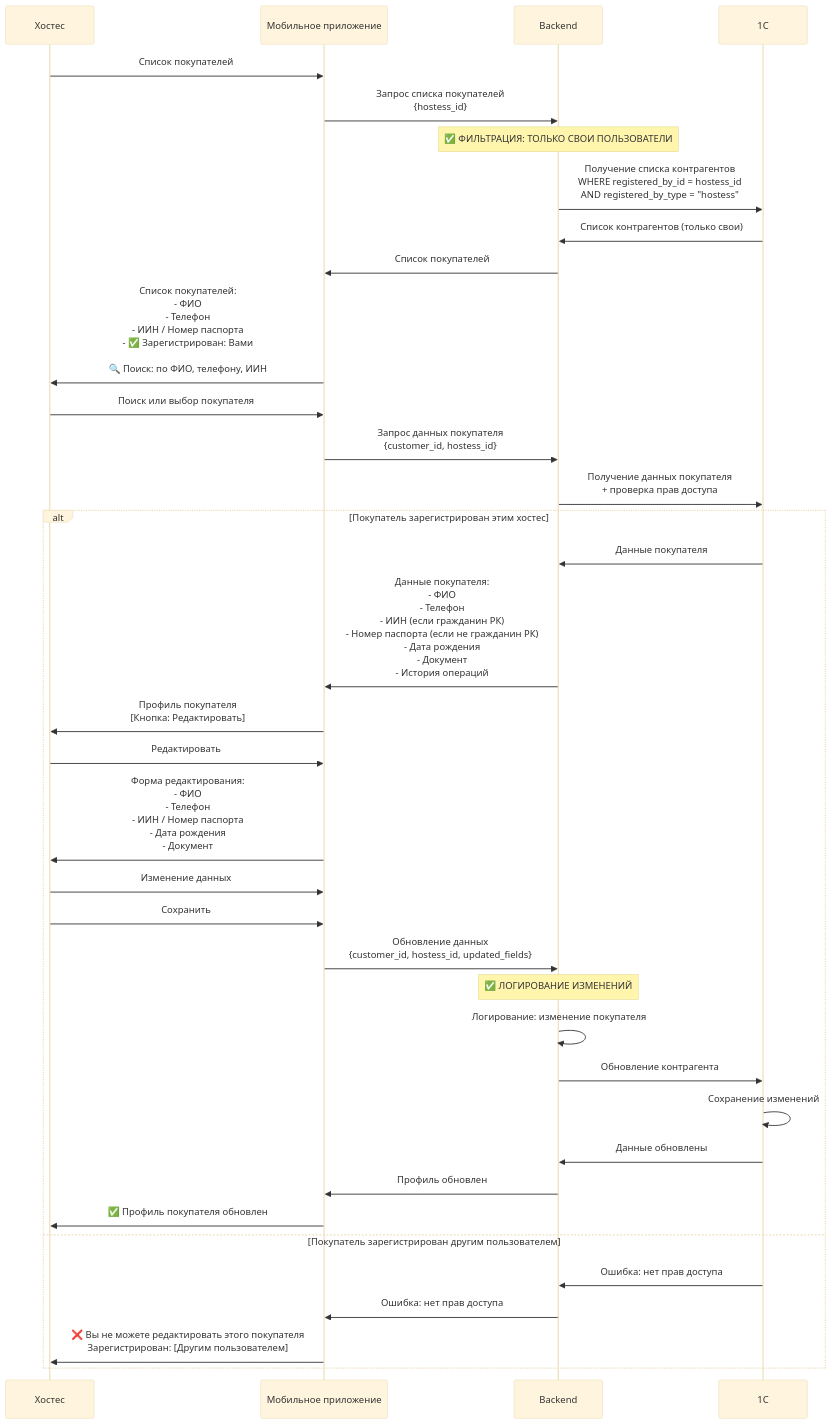
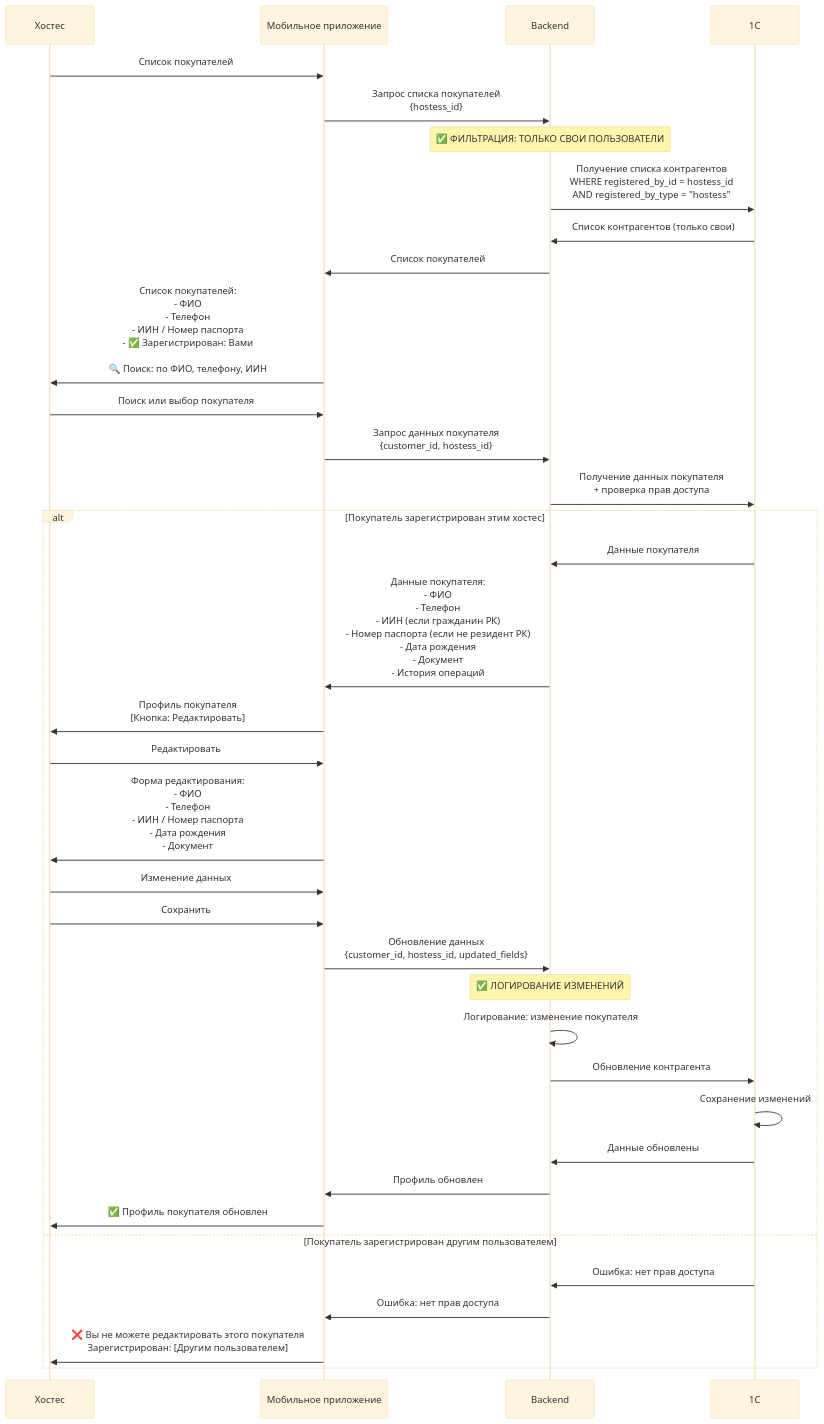
Before and after one commit to retsaftu/ktng-mobile-demo: the seventh of 14 diagrams in tz.md, drawn with Mermaid (base theme). The commit also changed other lines of this file and 2 other files, not shown here.

Commit message:
«Не гражданин РК» → «Не резидент РК»

````diff
--- a/tz.md
+++ b/tz.md
@@ -713,62 +713,62 @@
 ```mermaid
 sequenceDiagram
     participant Hostess as Хостес
     participant App as Мобильное приложение
     participant Backend as Backend
     participant OneC as 1С
 
     Hostess->>App: Список покупателей
     
     App->>Backend: Запрос списка покупателей<br/>{hostess_id}
     
     Note over Backend: ✅ ФИЛЬТРАЦИЯ: ТОЛЬКО СВОИ ПОЛЬЗОВАТЕЛИ
     Backend->>OneC: Получение списка контрагентов<br/>WHERE registered_by_id = hostess_id<br/>AND registered_by_type = "hostess"
     
     OneC->>Backend: Список контрагентов (только свои)
     
     Backend->>App: Список покупателей
     
     App->>Hostess: Список покупателей:<br/>- ФИО<br/>- Телефон<br/>- ИИН / Номер паспорта<br/>- ✅ Зарегистрирован: Вами<br/><br/>🔍 Поиск: по ФИО, телефону, ИИН
     
     Hostess->>App: Поиск или выбор покупателя
     
     App->>Backend: Запрос данных покупателя<br/>{customer_id, hostess_id}
     
     Backend->>OneC: Получение данных покупателя<br/>+ проверка прав доступа
     
     alt Покупатель зарегистрирован этим хостес
         OneC->>Backend: Данные покупателя
         
-        Backend->>App: Данные покупателя:<br/>- ФИО<br/>- Телефон<br/>- ИИН (если гражданин РК)<br/>- Номер паспорта (если не гражданин РК)<br/>- Дата рождения<br/>- Документ<br/>- История операций
+        Backend->>App: Данные покупателя:<br/>- ФИО<br/>- Телефон<br/>- ИИН (если гражданин РК)<br/>- Номер паспорта (если не резидент РК)<br/>- Дата рождения<br/>- Документ<br/>- История операций
         
         App->>Hostess: Профиль покупателя<br/>[Кнопка: Редактировать]
         
         Hostess->>App: Редактировать
         
         App->>Hostess: Форма редактирования:<br/>- ФИО<br/>- Телефон<br/>- ИИН / Номер паспорта<br/>- Дата рождения<br/>- Документ
         
         Hostess->>App: Изменение данных
         
         Hostess->>App: Сохранить
         
         App->>Backend: Обновление данных<br/>{customer_id, hostess_id, updated_fields}
         
         Note over Backend: ✅ ЛОГИРОВАНИЕ ИЗМЕНЕНИЙ
         Backend->>Backend: Логирование: изменение покупателя
         
         Backend->>OneC: Обновление контрагента
         
         OneC->>OneC: Сохранение изменений
         
         OneC->>Backend: Данные обновлены
         
         Backend->>App: Профиль обновлен
         
         App->>Hostess: ✅ Профиль покупателя обновлен
         
     else Покупатель зарегистрирован другим пользователем
         OneC->>Backend: Ошибка: нет прав доступа
         Backend->>App: Ошибка: нет прав доступа
         App->>Hostess: ❌ Вы не можете редактировать этого покупателя<br/>Зарегистрирован: [Другим пользователем]
     end
 ```
````
